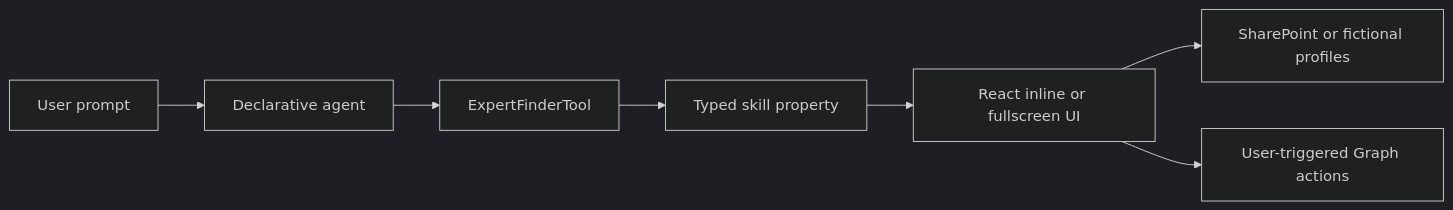
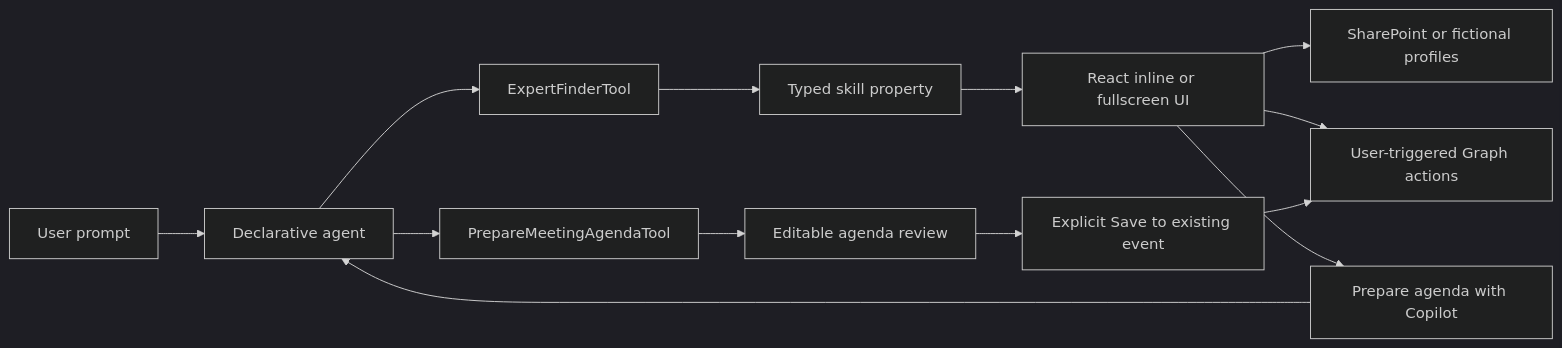
One commit to pnp/spfx-copilot-components changed the diagram in samples/expert-finder/docs/code-walkthrough.md. Above: the diagram before and after it, drawn with Mermaid (dark theme). The commit also changed other lines of this file and 33 other files, not shown here.

````diff
--- a/samples/expert-finder/docs/code-walkthrough.md
+++ b/samples/expert-finder/docs/code-walkthrough.md
@@ -7,9 +7,15 @@
 ```mermaid
 flowchart LR
     User[User prompt] --> Agent[Declarative agent]
     Agent --> Tool[ExpertFinderTool]
     Tool --> Input[Typed skill property]
     Input --> UI[React inline or fullscreen UI]
     UI --> Data[SharePoint or fictional profiles]
     UI --> Graph[User-triggered Graph actions]
+    UI --> Prepare[Prepare agenda with Copilot]
+    Prepare --> Agent
+    Agent --> Agenda[PrepareMeetingAgendaTool]
+    Agenda --> Review[Editable agenda review]
+    Review --> Save[Explicit Save to existing event]
+    Save --> Graph
 ```
````
